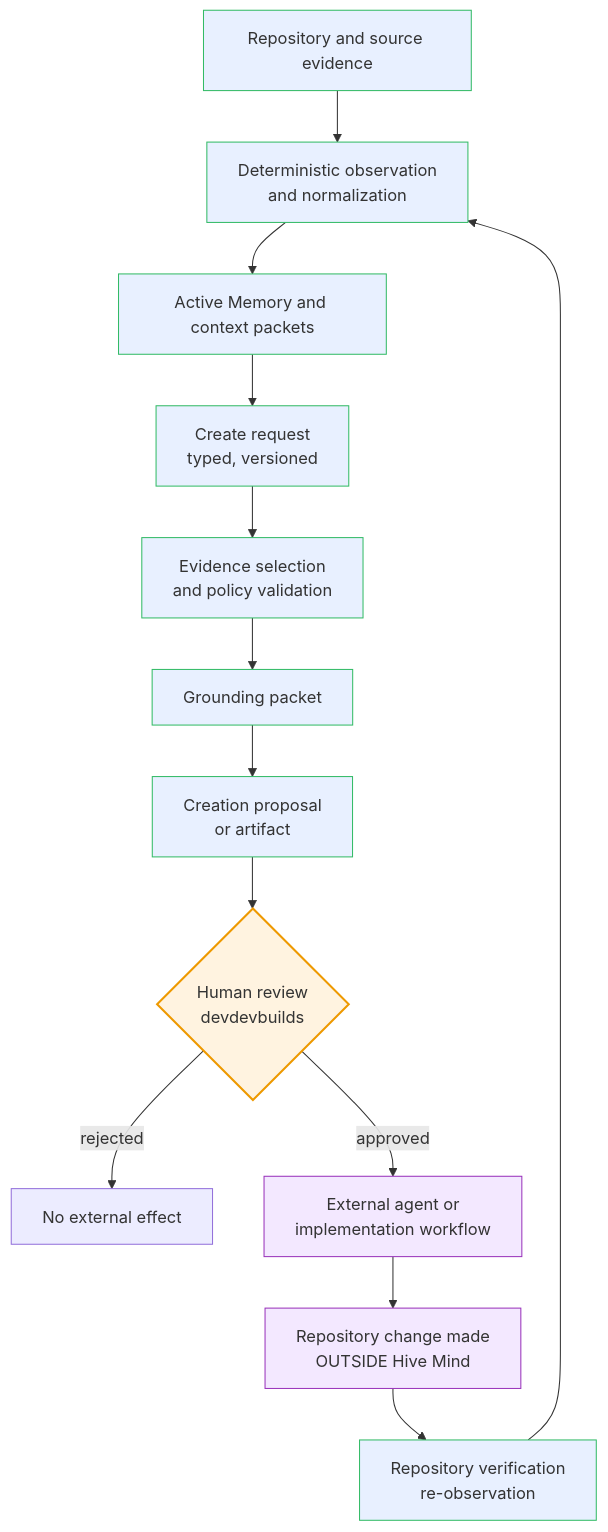
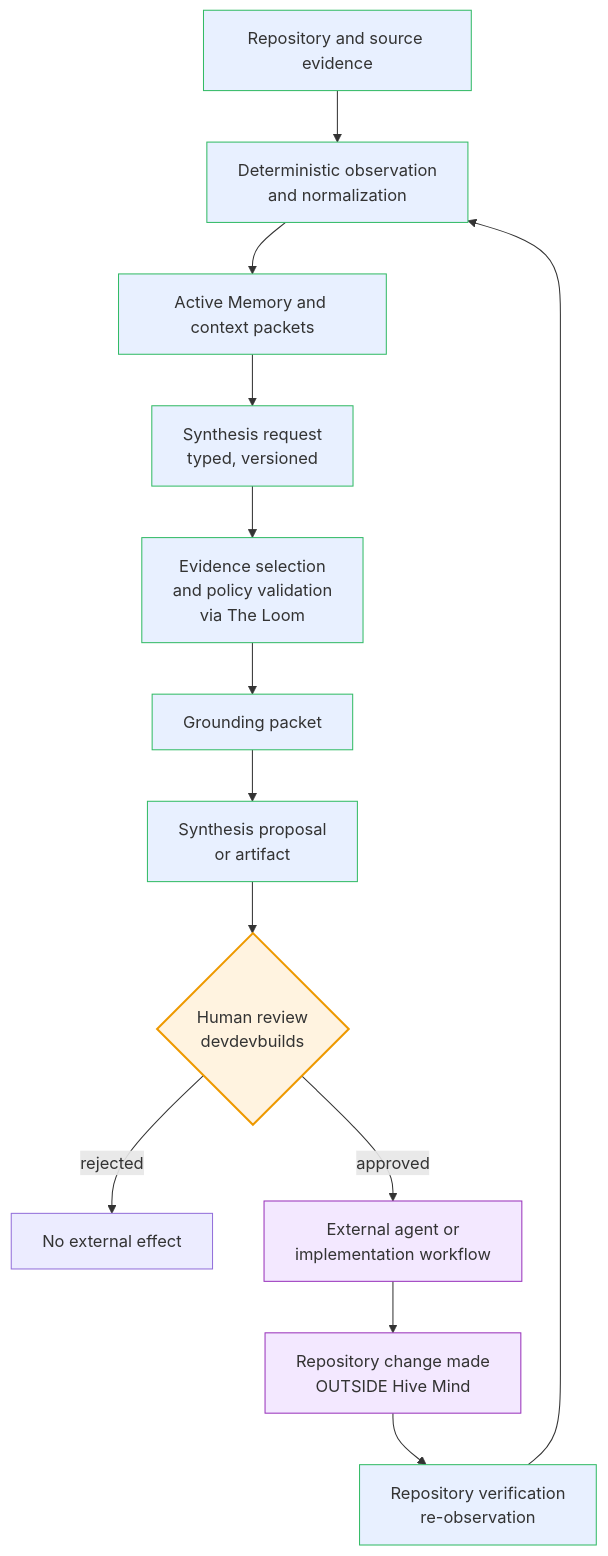
Before and after one commit to britbufkin1225-web/hive-mind: the diagram in docs/create-layer-architecture.md, drawn with Mermaid. The commit also changed other lines of this file and 4 other files, not shown here.

First line of the commit message:
docs: rename create layer to grounded synthesis

````diff
--- a/docs/create-layer-architecture.md
+++ b/docs/create-layer-architecture.md
@@ -392,22 +462,22 @@
 ```mermaid
 flowchart TD
     A[Repository and source evidence] --> B[Deterministic observation<br/>and normalization]
     B --> C[Active Memory and context packets]
-    C --> D[Create request<br/>typed, versioned]
-    D --> E[Evidence selection<br/>and policy validation]
+    C --> D[Synthesis request<br/>typed, versioned]
+    D --> E[Evidence selection<br/>and policy validation<br/>via The Loom]
     E --> F[Grounding packet]
-    F --> G[Creation proposal<br/>or artifact]
+    F --> G[Synthesis proposal<br/>or artifact]
     G --> H{Human review<br/>devdevbuilds}
     H -->|rejected| X[No external effect]
     H -->|approved| I[External agent or<br/>implementation workflow]
     I --> J[Repository change made<br/>OUTSIDE Hive Mind]
     J --> K[Repository verification<br/>re-observation]
     K --> B
 
     classDef readonly fill:#e8f0ff,stroke:#3b6,stroke-width:1px;
     classDef human fill:#fff3e0,stroke:#e90,stroke-width:2px;
     classDef external fill:#f3e8ff,stroke:#93b,stroke-width:1px;
     class A,B,C,D,E,F,G,K readonly;
     class H human;
     class I,J external;
 ```
````
